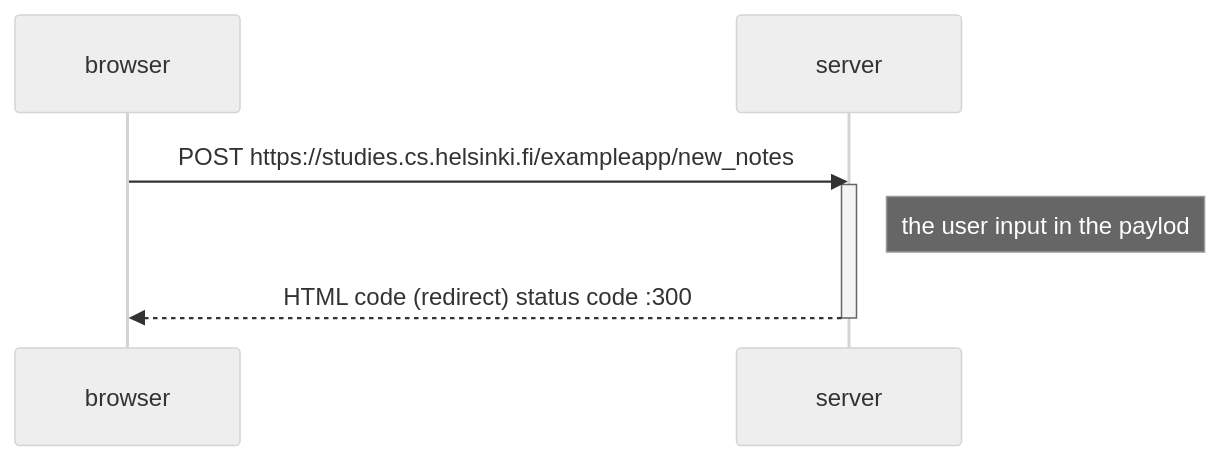
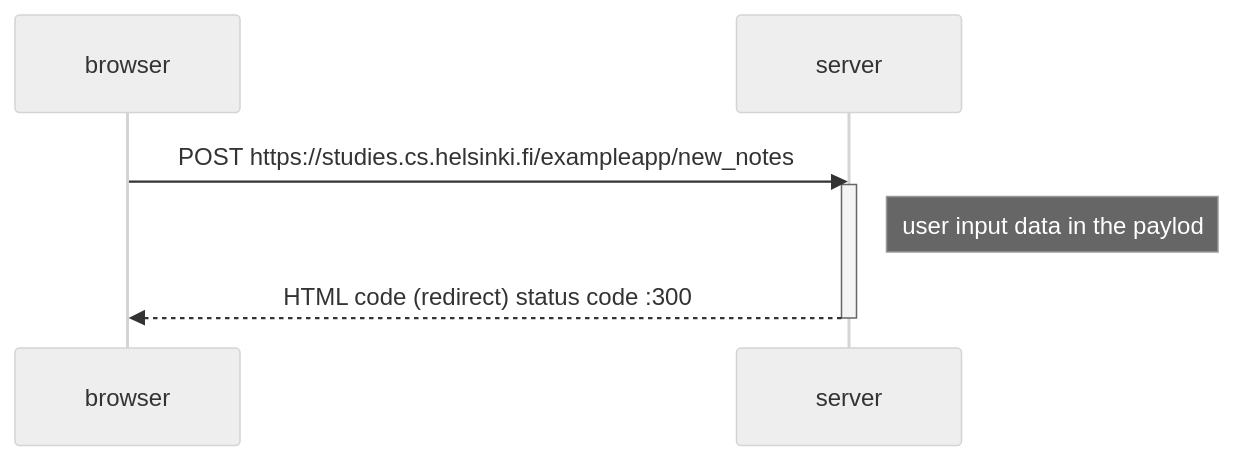
One commit to andersonkwok/git001 changed the diagram in 0.4.md. Above: the diagram before and after it, drawn with Mermaid (neutral theme).

````diff
--- a/0.4.md
+++ b/0.4.md
@@ -2,12 +2,12 @@
 ```mermaid
 sequenceDiagram
     participant browser
     participant server
 
     browser->>server: POST https://studies.cs.helsinki.fi/exampleapp/new_notes
     activate server
-    Note right of server: the user input in the paylod
+    Note right of server: user input data in the paylod
     server-->>browser: HTML code (redirect) status code :300
     deactivate server
 
 ```
````
